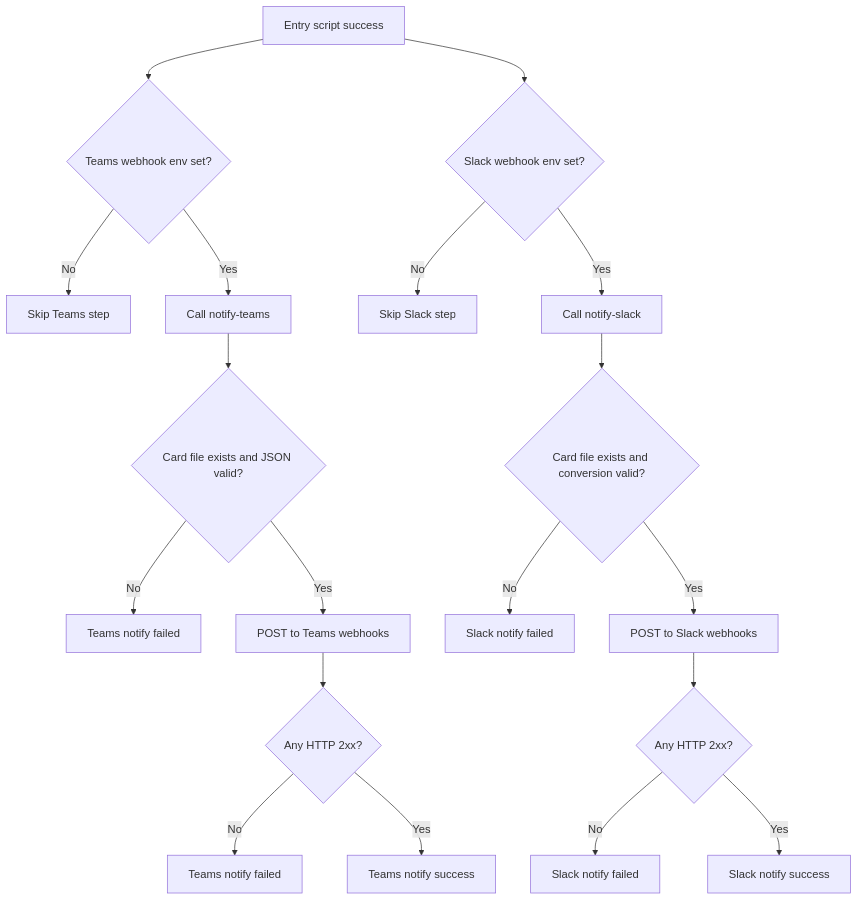
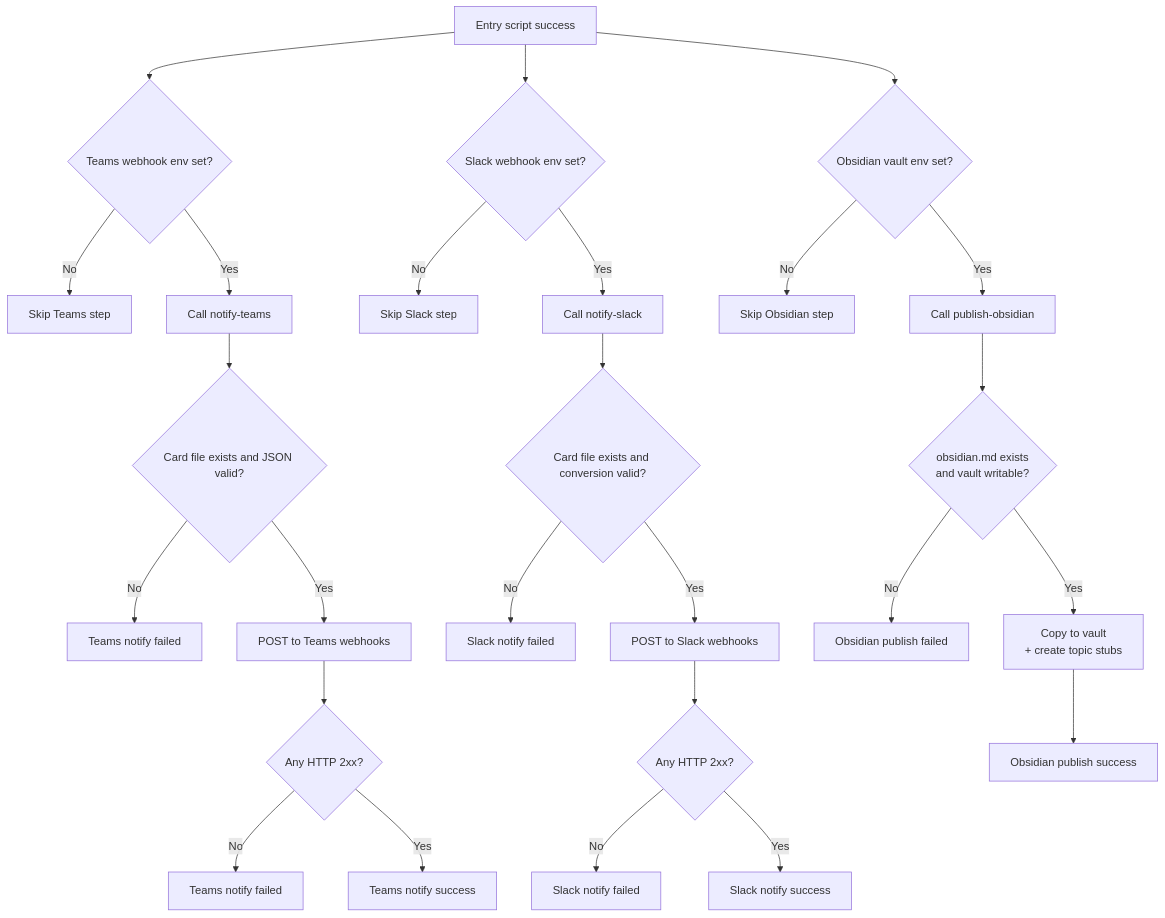
Before and after one commit to hoangsonww/ai-news-briefing: the third of 4 diagrams in E2E_FLOW.md, drawn with Mermaid. The commit also changed other lines of this file and 22 other files, not shown here.

Commit message:
feat: integrate Obsidian publishing for briefings with topic stubs

````diff
--- a/E2E_FLOW.md
+++ b/E2E_FLOW.md
@@ -195,23 +225,31 @@
 ```mermaid
 flowchart TD
     A[Entry script success] --> B{Teams webhook env set?}
     A --> C{Slack webhook env set?}
+    A --> OA{Obsidian vault env set?}
 
     B -->|No| D[Skip Teams step]
     B -->|Yes| E[Call notify-teams]
     E --> F{Card file exists and JSON valid?}
     F -->|No| G[Teams notify failed]
     F -->|Yes| H[POST to Teams webhooks]
     H --> I{Any HTTP 2xx?}
     I -->|No| J[Teams notify failed]
     I -->|Yes| K[Teams notify success]
 
     C -->|No| L[Skip Slack step]
     C -->|Yes| M[Call notify-slack]
     M --> N{Card file exists and conversion valid?}
     N -->|No| O[Slack notify failed]
     N -->|Yes| P[POST to Slack webhooks]
     P --> Q{Any HTTP 2xx?}
     Q -->|No| R[Slack notify failed]
     Q -->|Yes| S[Slack notify success]
+
+    OA -->|No| OB[Skip Obsidian step]
+    OA -->|Yes| OC[Call publish-obsidian]
+    OC --> OD{obsidian.md exists\nand vault writable?}
+    OD -->|No| OE[Obsidian publish failed]
+    OD -->|Yes| OF[Copy to vault\n+ create topic stubs]
+    OF --> OG[Obsidian publish success]
 ```
````
